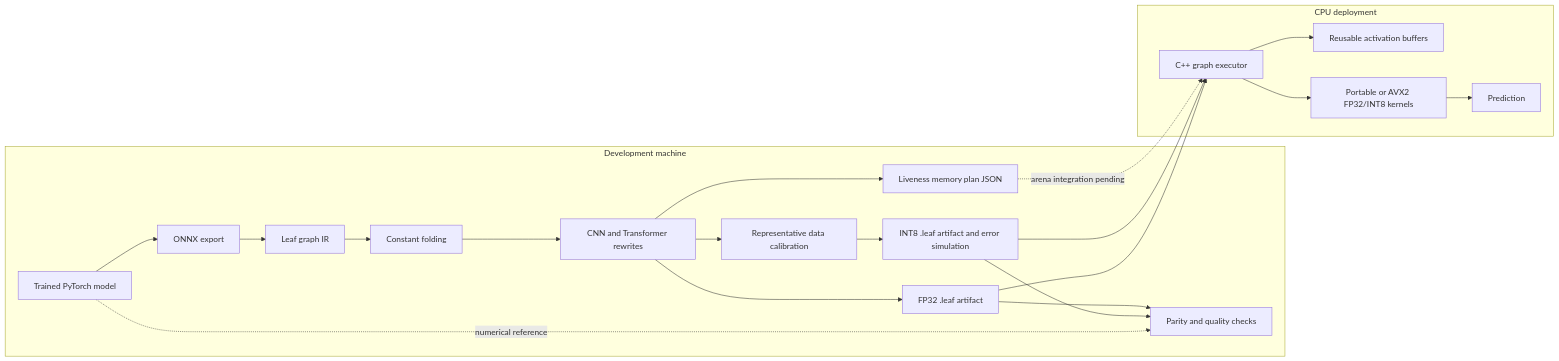
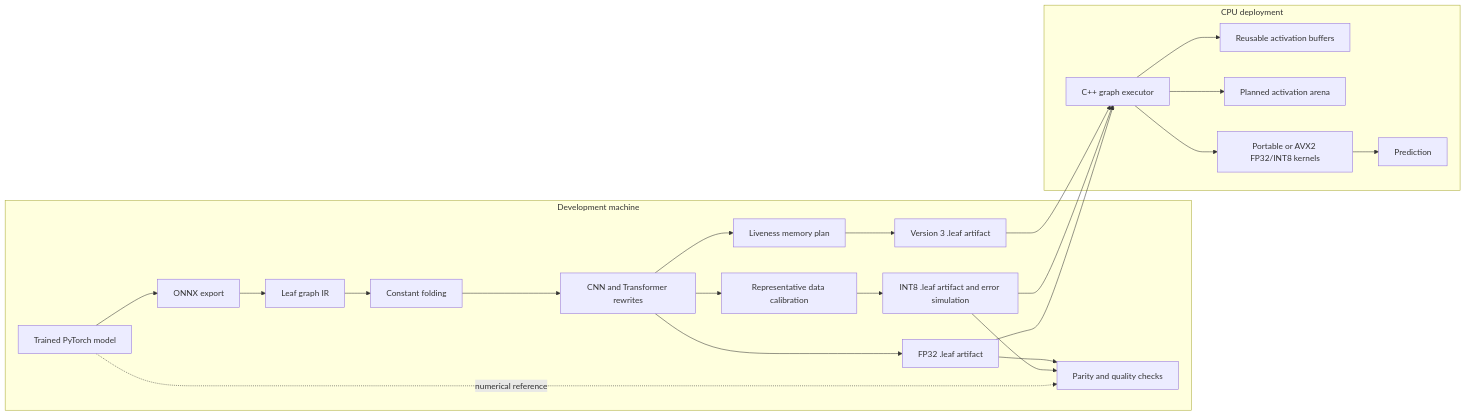
The first of 2 diagrams in README.md (Nbit-51/Leaf), drawn with Mermaid before and after one commit. The commit also changed other lines of this file and 17 other files, not shown here.

Commit message:
Embed and execute liveness arena plans

````diff
--- a/README.md
+++ b/README.md
@@ -67,24 +66,26 @@
 ```mermaid
 flowchart LR
     subgraph Dev[Development machine]
       PT[Trained PyTorch model] --> ONNX[ONNX export]
       ONNX --> IR[Leaf graph IR]
       IR --> CF[Constant folding]
       CF --> FU[CNN and Transformer rewrites]
       FU --> FP[FP32 .leaf artifact]
       FU --> CAL[Representative data calibration]
       CAL --> Q[INT8 .leaf artifact and error simulation]
-      FU --> MP[Liveness memory plan JSON]
+      FU --> MP[Liveness memory plan]
+      MP --> V3[Version 3 .leaf artifact]
       PT -. numerical reference .-> CHECK[Parity and quality checks]
       Q --> CHECK
       FP --> CHECK
     end
     subgraph Target[CPU deployment]
       FP --> EX[C++ graph executor]
       Q --> EX
+      V3 --> EX
       EX --> POOL[Reusable activation buffers]
+      EX --> ARENA[Planned activation arena]
       EX --> KERNEL[Portable or AVX2 FP32/INT8 kernels]
       KERNEL --> OUT[Prediction]
     end
-    MP -. arena integration pending .-> EX
 ```
````
